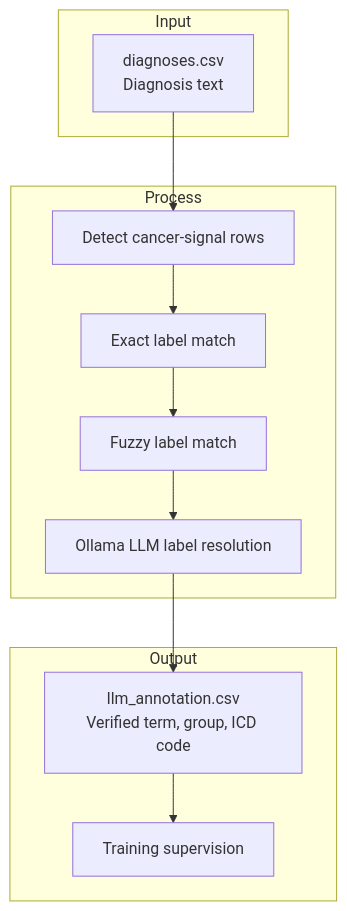
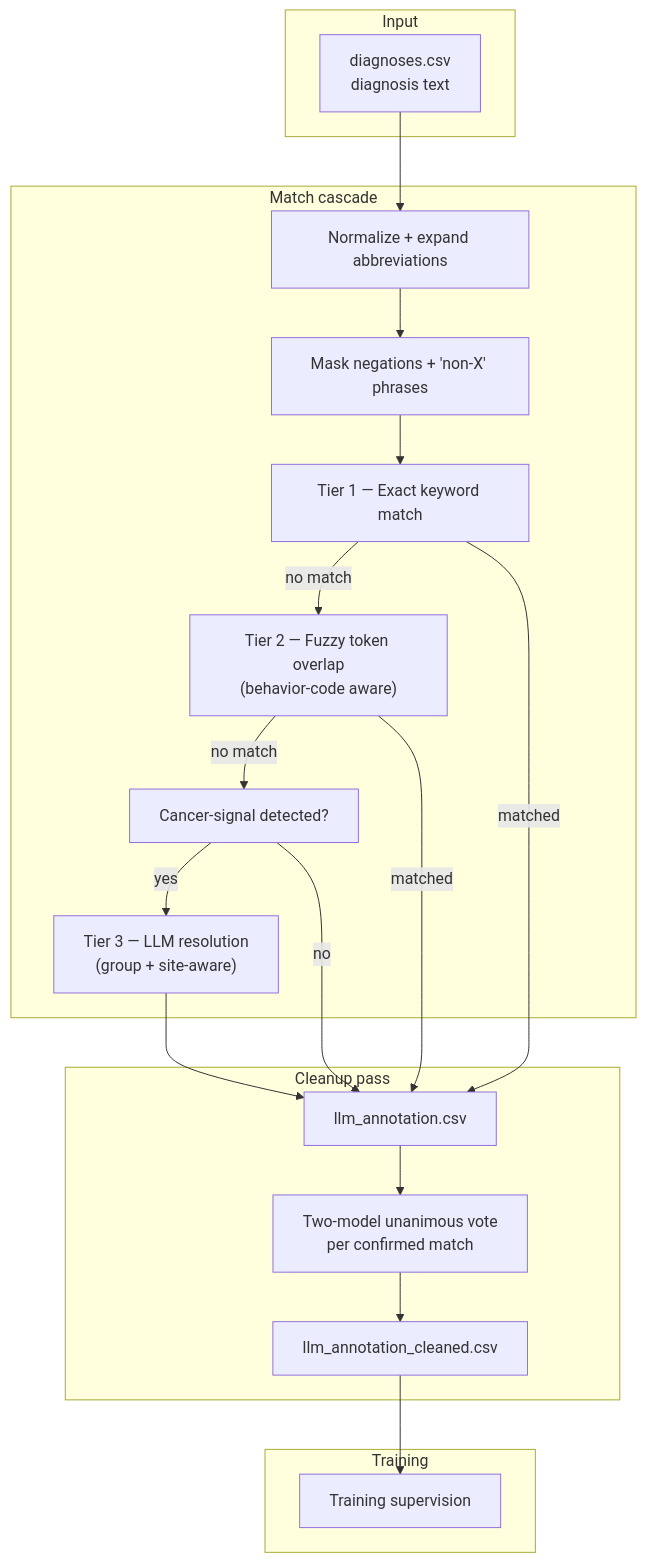
Before and after one commit to YugrajD/UC-Davis-VMTH-Cancer-Registry: the diagram in ml/documentation/label-annotation.md, drawn with Mermaid. The commit also changed other lines of this file and 116 other files, not shown here.

First line of the commit message:
Refactor PetBERT pipeline to 4-stage label-presence architecture

````diff
--- a/ml/documentation/label-annotation.md
+++ b/ml/documentation/label-annotation.md
@@ -60,25 +33,35 @@
 ```mermaid
 flowchart TD
-    subgraph IN1["Input"]
-        A["diagnoses.csv<br/>Diagnosis text"]
+    subgraph IN["Input"]
+        A["diagnoses.csv<br/>diagnosis text"]
     end
 
-    subgraph P1["Process"]
-        B["Detect cancer-signal rows"]
-        C["Exact label match"]
-        D["Fuzzy label match"]
-        E["Ollama LLM label resolution"]
+    subgraph P["Match cascade"]
+        N["Normalize + expand abbreviations"]
+        M["Mask negations + 'non-X' phrases"]
+        T1["Tier 1 — Exact keyword match"]
+        T2["Tier 2 — Fuzzy token overlap<br/>(behavior-code aware)"]
+        SIG["Cancer-signal detected?"]
+        T3["Tier 3 — LLM resolution<br/>(group + site-aware)"]
     end
 
-    subgraph OUT1["Output"]
-        F["llm_annotation.csv<br/>Verified term, group, ICD code"]
+    subgraph C["Cleanup pass"]
+        F["llm_annotation.csv"]
+        V["Two-model unanimous vote<br/>per confirmed match"]
+        FC["llm_annotation_cleaned.csv"]
+    end
+
+    subgraph OUT["Training"]
         G["Training supervision"]
     end
 
-    A --> B
-    B --> C
-    C --> D
-    D --> E
-    E --> F
-    F --> G
+    A --> N --> M --> T1
+    T1 -->|no match| T2
+    T2 -->|no match| SIG
+    SIG -->|yes| T3
+    T3 --> F
+    T1 -->|matched| F
+    T2 -->|matched| F
+    SIG -->|no| F
+    F --> V --> FC --> G
 ```
````
